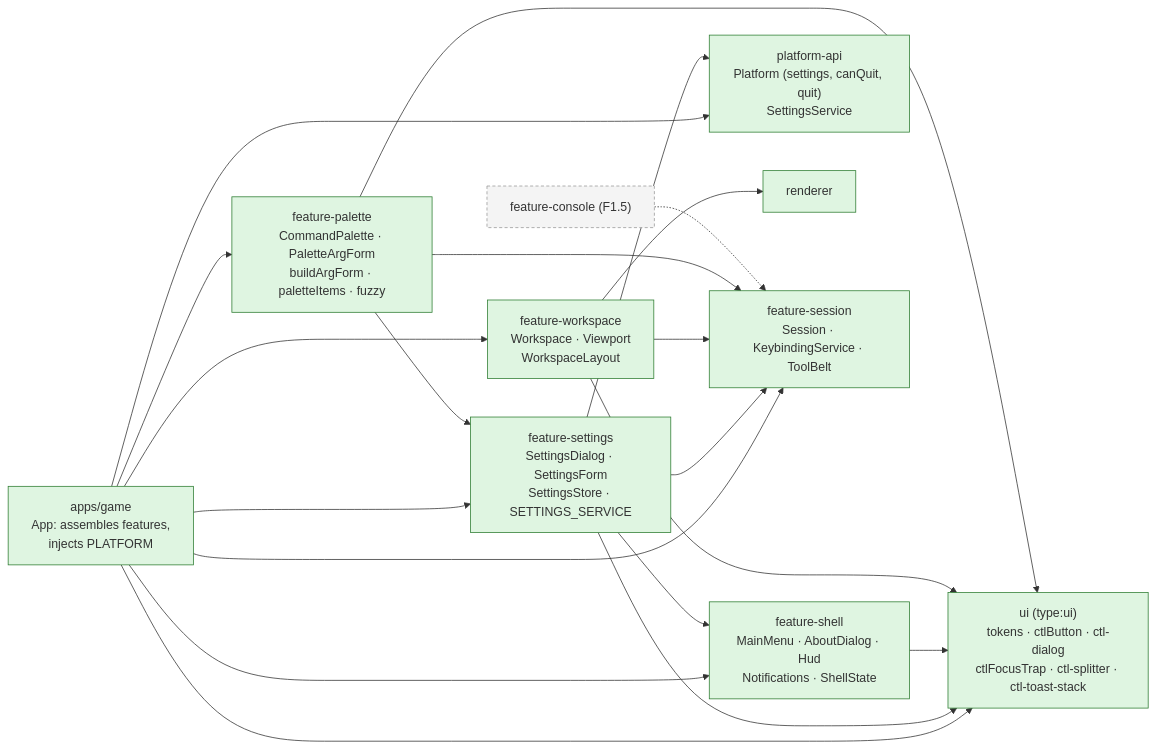
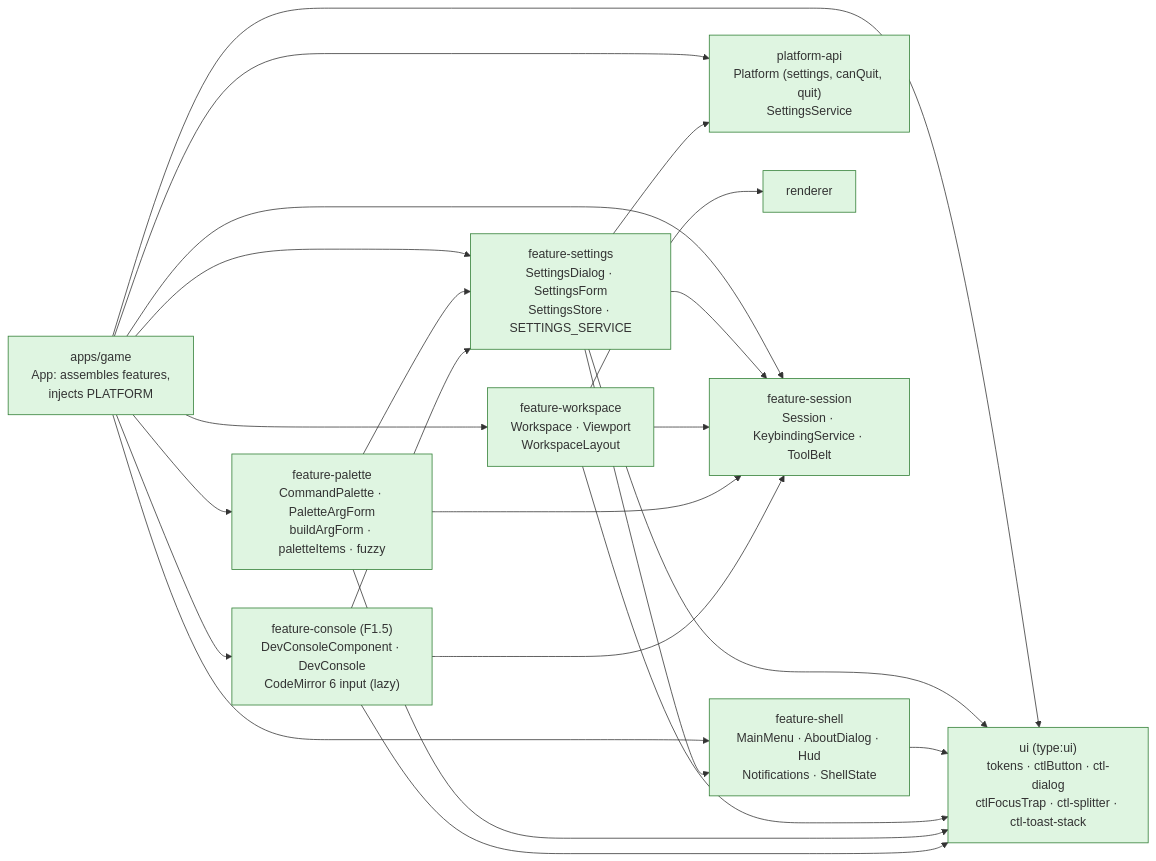
Before and after one commit to joebarbere/controls: the first of 8 diagrams in docs/architecture/ui-shell.md, drawn with Mermaid. The commit also changed other lines of this file and 53 other files, not shown here.

First line of the commit message:
feat(console): F1.5 dev console on CodeMirror 6 (#11)

````diff
--- a/docs/architecture/ui-shell.md
+++ b/docs/architecture/ui-shell.md
@@ -7,23 +7,24 @@
 ```mermaid
 flowchart LR
     classDef done fill:#dff5e1,stroke:#2e7d32;
     classDef later fill:#f4f4f4,stroke:#999,stroke-dasharray: 4 3;
 
     GAME["apps/game<br/>App: assembles features,<br/>injects PLATFORM"]:::done
     SHELL["feature-shell<br/>MainMenu · AboutDialog · Hud<br/>Notifications · ShellState"]:::done
     WS["feature-workspace<br/>Workspace · Viewport<br/>WorkspaceLayout"]:::done
     SET["feature-settings<br/>SettingsDialog · SettingsForm<br/>SettingsStore · SETTINGS_SERVICE"]:::done
     UI["ui (type:ui)<br/>tokens · ctlButton · ctl-dialog<br/>ctlFocusTrap · ctl-splitter · ctl-toast-stack"]:::done
     PAPI["platform-api<br/>Platform (settings, canQuit, quit)<br/>SettingsService"]:::done
     REND["renderer"]:::done
     SESS["feature-session<br/>Session · KeybindingService · ToolBelt"]:::done
     PAL["feature-palette<br/>CommandPalette · PaletteArgForm<br/>buildArgForm · paletteItems · fuzzy"]:::done
-    CON["feature-console (F1.5)"]:::later
+    CON["feature-console (F1.5)<br/>DevConsoleComponent · DevConsole<br/>CodeMirror 6 input (lazy)"]:::done
 
     GAME --> SHELL & WS & SET & UI & PAPI & SESS & PAL
     SET --> SHELL & UI & PAPI & SESS
     SHELL --> UI
     WS --> UI & REND & SESS
     PAL --> UI & SESS & SET
-    CON -.-> SESS
+    CON --> SESS & SET & UI
+    GAME --> CON
 ```
````
